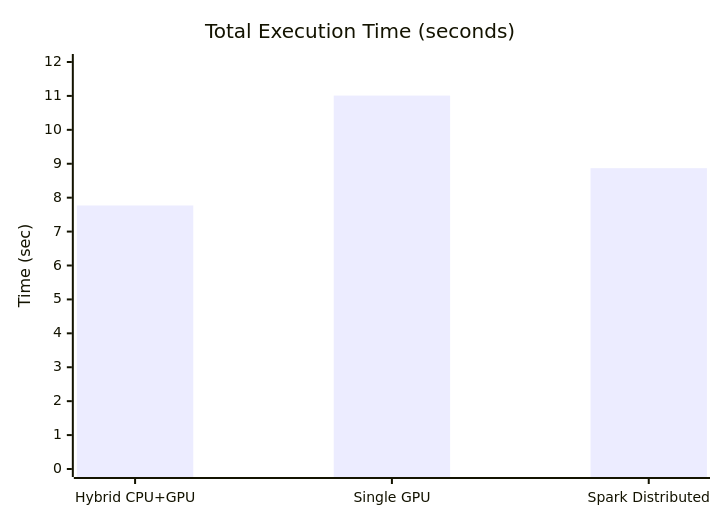
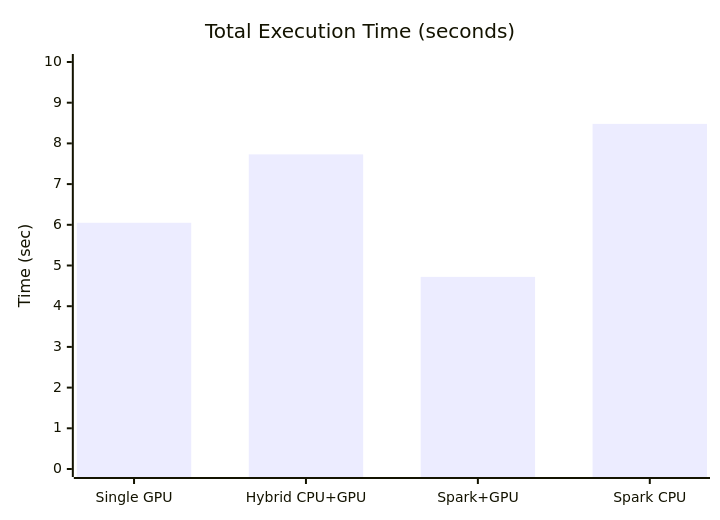
One commit to KRISHNA049039/multidimensional_spark_Poc changed the second of 5 diagrams in pytorch-spark-inference-platform/docs/benchmark.md. Above: the diagram before and after it, drawn with Mermaid. The commit also changed other lines of this file, not shown here.

````diff
--- a/pytorch-spark-inference-platform/docs/benchmark.md
+++ b/pytorch-spark-inference-platform/docs/benchmark.md
@@ -152,8 +152,8 @@
 ```mermaid
 %%{init: {'theme': 'default'}}%%
 xychart-beta
     title "Total Execution Time (seconds)"
-    x-axis ["Hybrid CPU+GPU", "Single GPU", "Spark Distributed"]
-    y-axis "Time (sec)" 0 --> 12
-    bar [7.77, 11.01, 8.87]
+    x-axis ["Single GPU", "Hybrid CPU+GPU", "Spark+GPU", "Spark CPU"]
+    y-axis "Time (sec)" 0 --> 10
+    bar [6.05, 7.73, 4.72, 8.48]
 ```
````
